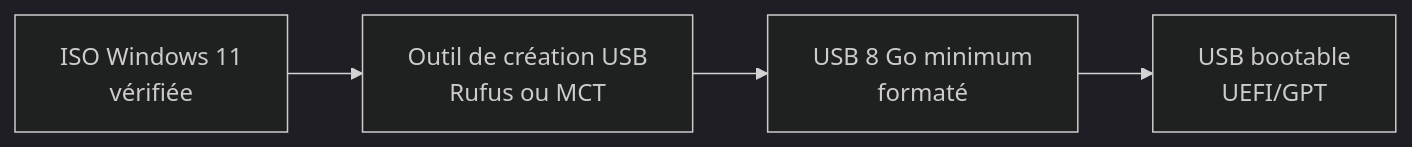
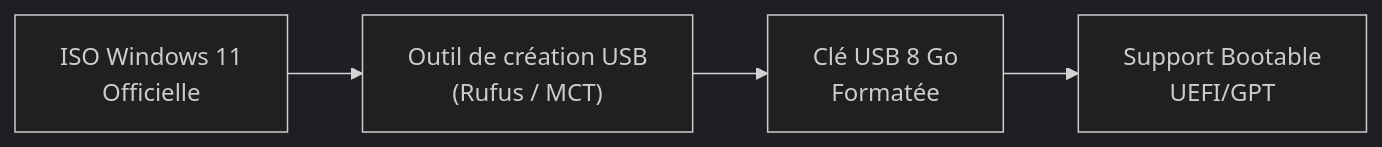
One commit to zyrass/omnydocs changed the diagram in docs/cursus-forensic/01-cycle-0-fondations/module-3-configuration-laboratoire/08-windows11-poste-compta.md. Above: the diagram before and after it, drawn with Mermaid (dark theme). The commit also changed other lines of this file and 171 other files, not shown here.

````diff
--- a/docs/cursus-forensic/01-cycle-0-fondations/module-3-configuration-laboratoire/08-windows11-poste-compta.md
+++ b/docs/cursus-forensic/01-cycle-0-fondations/module-3-configuration-laboratoire/08-windows11-poste-compta.md
@@ -116,6 +95,6 @@
 ```mermaid
 flowchart LR
-    A[ISO Windows 11<br>vérifiée] --> B[Outil de création USB<br>Rufus ou MCT]
-    B --> C[USB 8 Go minimum<br>formaté]
-    C --> D[USB bootable<br>UEFI/GPT]
+    A["ISO Windows 11<br>Officielle"] --> B["Outil de création USB<br>(Rufus / MCT)"]
+    B --> C["Clé USB 8 Go<br>Formatée"]
+    C --> D["Support Bootable<br>UEFI/GPT"]
 ```
````
